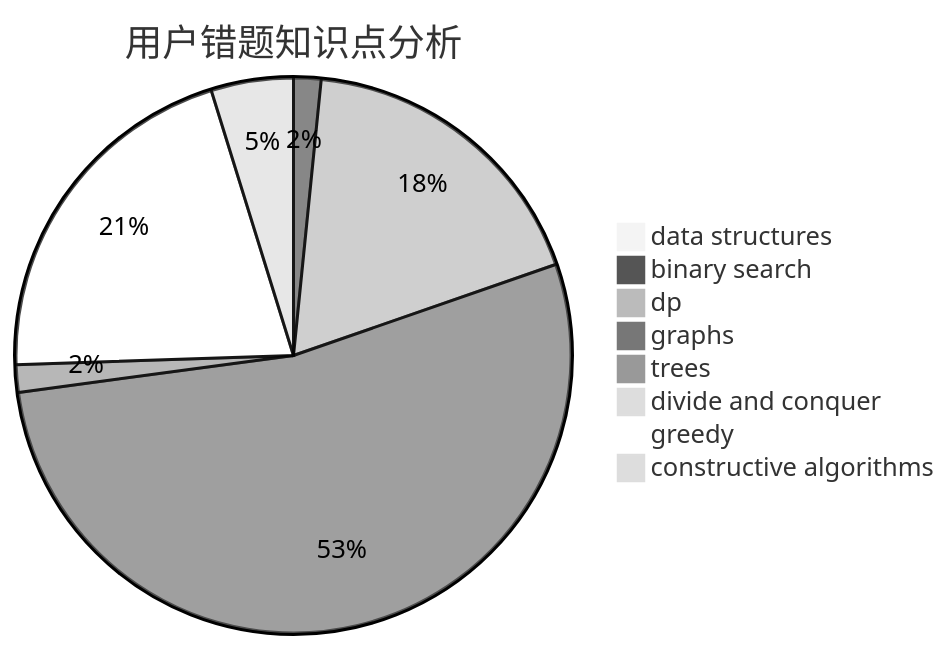
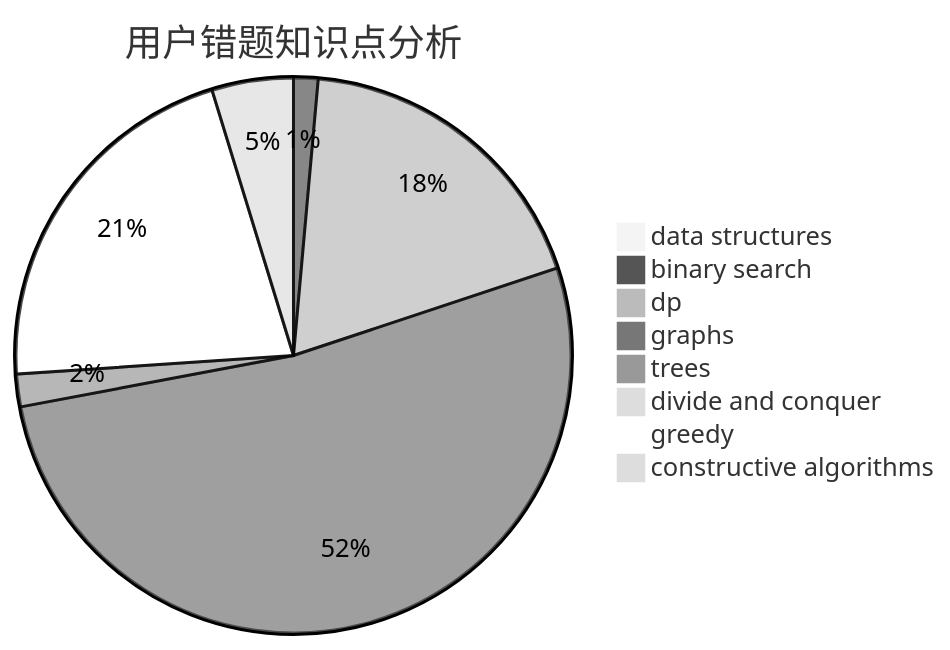
Before and after one commit to sherpahu/cfrs.github.io: the third of 3 diagrams in docs/user/u1658.md, drawn with Mermaid (neutral theme). The commit also changed other lines of this file and 2770 other files, not shown here.

````diff
--- a/docs/user/u1658.md
+++ b/docs/user/u1658.md
@@ -36,11 +36,11 @@
 ```mermaid
 pie title 用户错题知识点分析
     "data structures" :  1
     "binary search" :  3
-    "dp" :  34
-    "graphs" :  100
-    "trees" :  3
+    "dp" :  39
+    "graphs" :  110
+    "trees" :  4
     "divide and conquer" :  1
-    "greedy" :  39
-    "constructive algorithms" :  9
+    "greedy" :  45
+    "constructive algorithms" :  10
 ```
````
